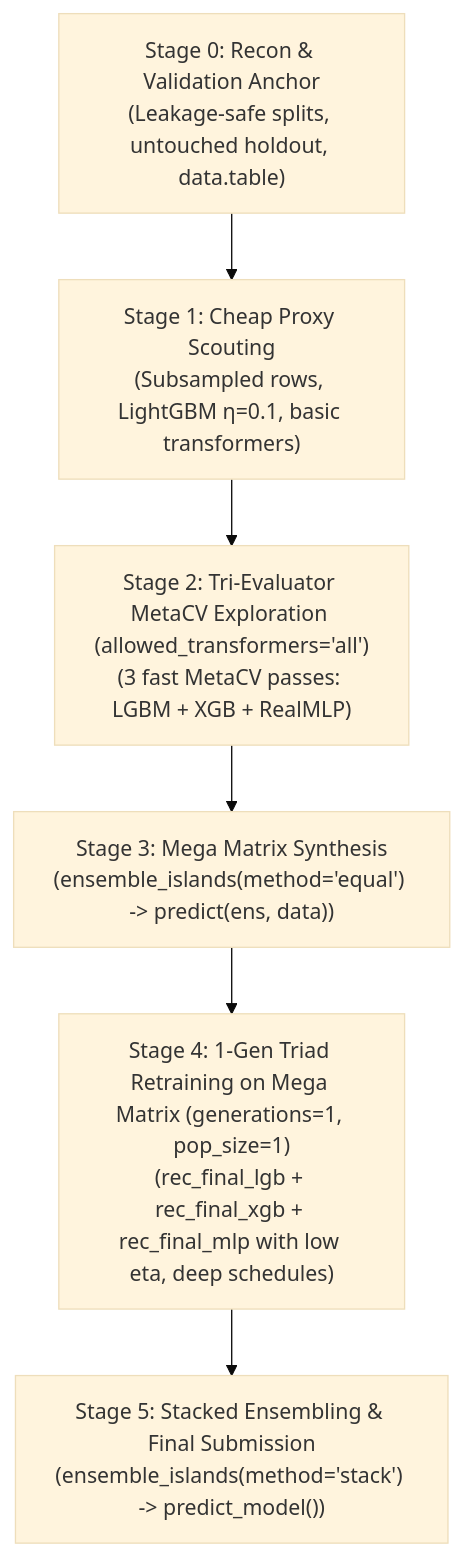
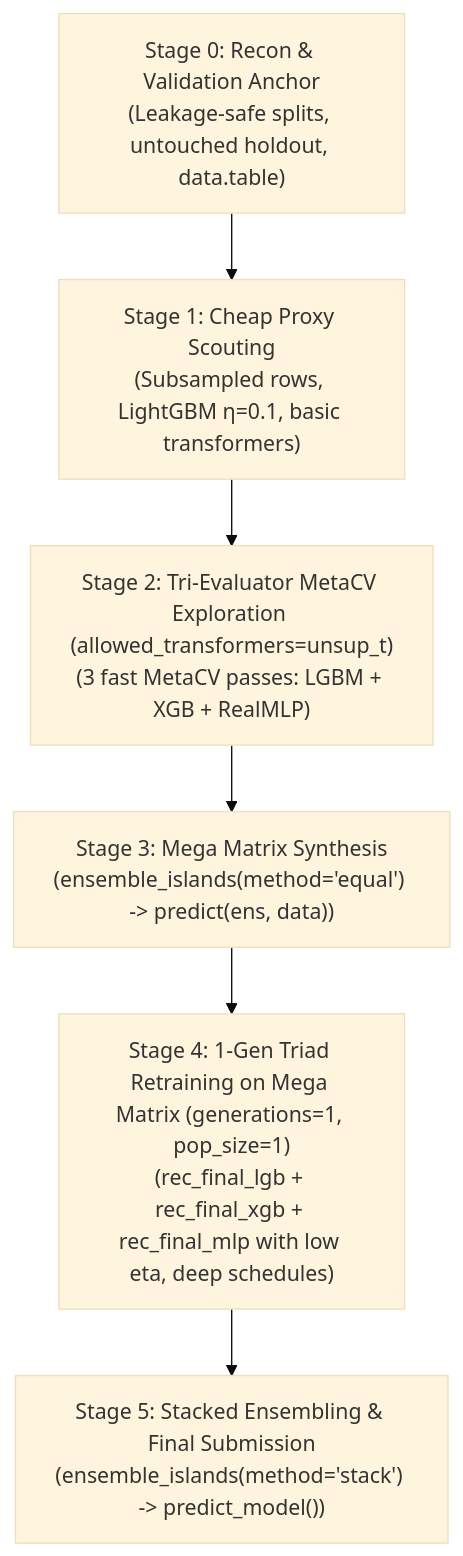
Before and after one commit to tanopereira/evoFE: the diagram in ML_STRATEGY.md, drawn with Mermaid (base theme). The commit also changed other lines of this file, not shown here.

Commit message:
docs(strategy): align ML competition playbook with evoFE v1.1.0 architecture

````diff
--- a/ML_STRATEGY.md
+++ b/ML_STRATEGY.md
@@ -260,11 +270,11 @@
 ```mermaid
 flowchart TD
     S0["Stage 0: Recon & Validation Anchor\n(Leakage-safe splits, untouched holdout, data.table)"]
     S1["Stage 1: Cheap Proxy Scouting\n(Subsampled rows, LightGBM η=0.1, basic transformers)"]
-    S2["Stage 2: Tri-Evaluator MetaCV Exploration (allowed_transformers='all')\n(3 fast MetaCV passes: LGBM + XGB + RealMLP)"]
+    S2["Stage 2: Tri-Evaluator MetaCV Exploration (allowed_transformers=unsup_t)\n(3 fast MetaCV passes: LGBM + XGB + RealMLP)"]
     S3["Stage 3: Mega Matrix Synthesis\n(ensemble_islands(method='equal') -> predict(ens, data))"]
     S4["Stage 4: 1-Gen Triad Retraining on Mega Matrix (generations=1, pop_size=1)\n(rec_final_lgb + rec_final_xgb + rec_final_mlp with low eta, deep schedules)"]
     S5["Stage 5: Stacked Ensembling & Final Submission\n(ensemble_islands(method='stack') -> predict_model())"]
 
     S0 --> S1 --> S2 --> S3 --> S4 --> S5
 ```
````
